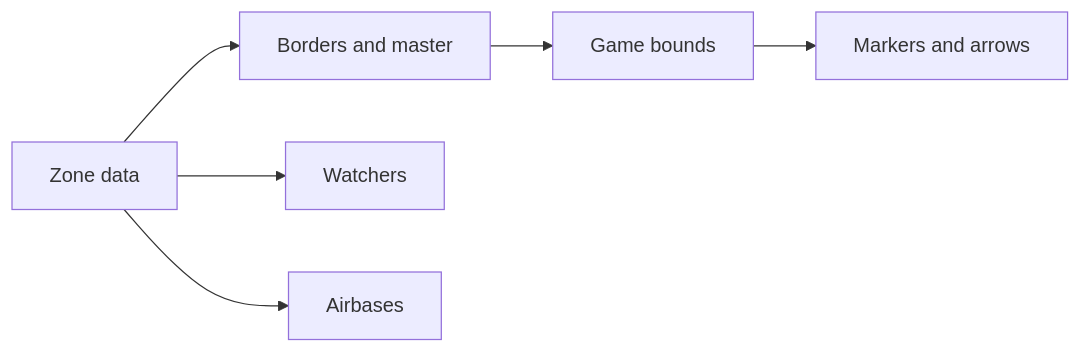
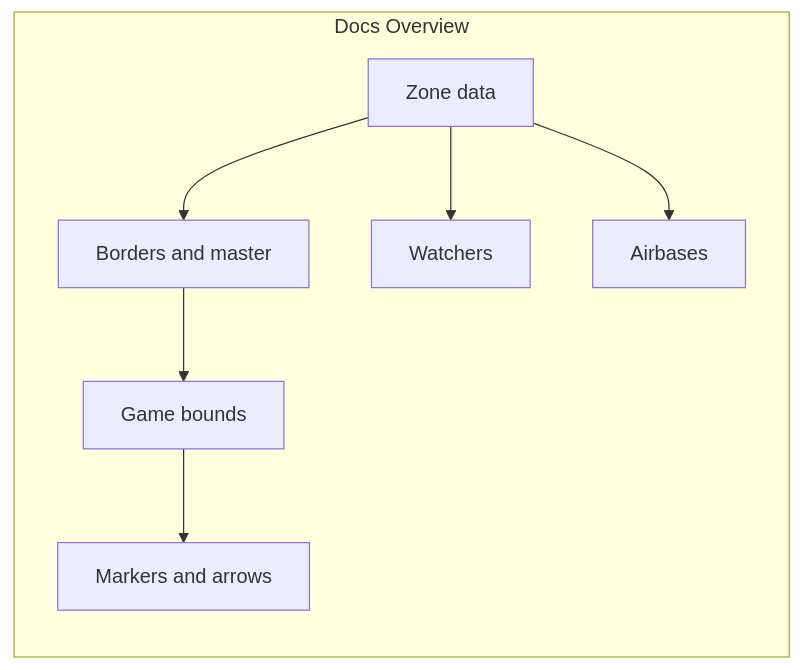
The first of 2 diagrams in docs/zone_manager/README.md (Gh0st352/AETHR), drawn with Mermaid before and after one commit. The commit also changed other lines of this file and 6 other files, not shown here.

Commit message:
docs(zone_manager, mermaid): normalize headings, restructure Mermaid diagrams, and add shared theme & class annotations

````diff
--- a/docs/zone_manager/README.md
+++ b/docs/zone_manager/README.md
@@ -18,8 +18,12 @@
 ```mermaid
+%% shared theme: docs/_mermaid/theme.json %%
 flowchart LR
-  ZD[Zone data] --> BM[Borders and master]
-  BM --> GB[Game bounds]
-  GB --> MA[Markers and arrows]
-  ZD --> W[Watchers]
-  ZD --> AB[Airbases]
+  subgraph "Docs Overview"
+    ZD[Zone data] --> BM[Borders and master]
+    BM --> GB[Game bounds]
+    GB --> MA[Markers and arrows]
+    ZD --> W[Watchers]
+    ZD --> AB[Airbases]
+  end
+  class ZD,BM,GB,MA,W,AB class_step;
 ```
````
